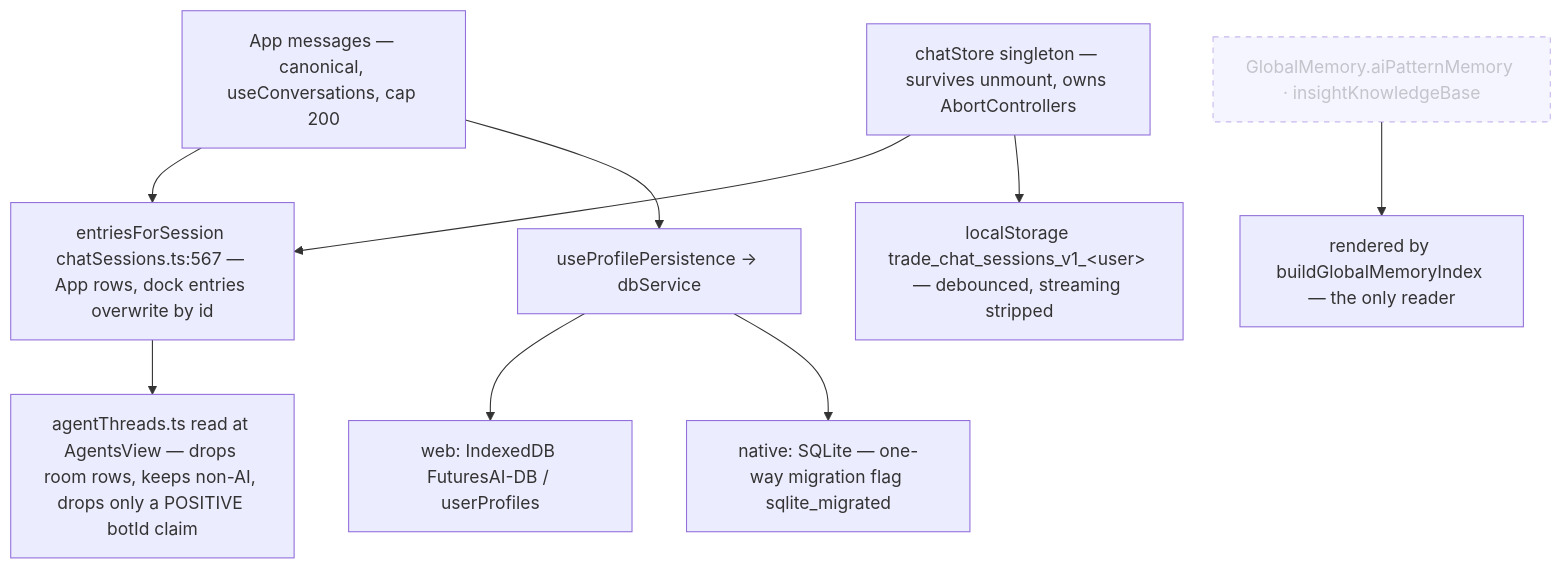
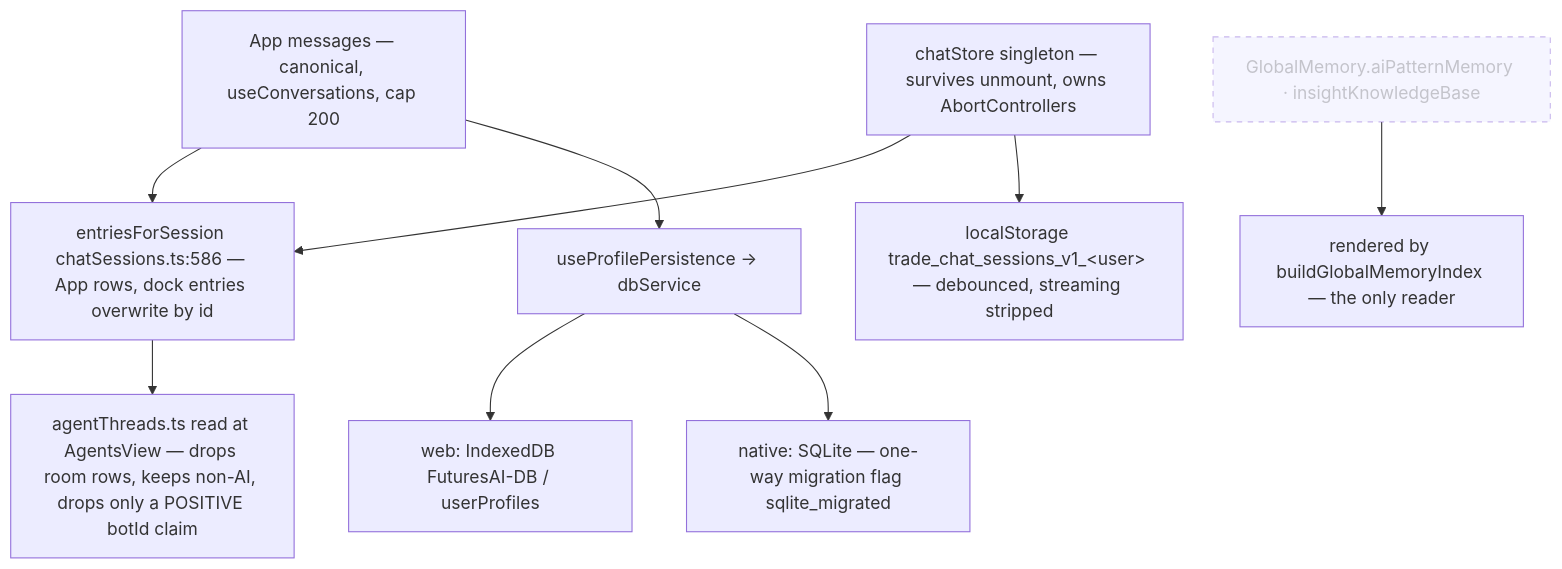
The seventh of 8 diagrams in docs/app-flow.md (Acepay25/august-3.5), drawn with Mermaid before and after one commit. The commit also changed other lines of this file and 16 other files, not shown here.

````diff
--- a/docs/app-flow.md
+++ b/docs/app-flow.md
@@ -499,12 +531,12 @@
 ```mermaid
 flowchart TD
-    MSG["App messages — canonical, useConversations, cap 200"] --> MER["entriesForSession chatSessions.ts:567 — App rows, dock entries overwrite by id"]
+    MSG["App messages — canonical, useConversations, cap 200"] --> MER["entriesForSession chatSessions.ts:586 — App rows, dock entries overwrite by id"]
     CS["chatStore singleton — survives unmount, owns AbortControllers"] --> MER
     MER --> PANE["agentThreads.ts read at AgentsView — drops room rows, keeps non-AI, drops only a POSITIVE botId claim"]
     CS --> LS["localStorage trade_chat_sessions_v1_&lt;user&gt; — debounced, streaming stripped"]
     MSG --> PP["useProfilePersistence → dbService"]
     PP --> IDB["web: IndexedDB FuturesAI-DB / userProfiles"]
     PP --> SQL["native: SQLite — one-way migration flag sqlite_migrated"]
     GM["GlobalMemory.aiPatternMemory · insightKnowledgeBase"]:::dead --> IDX["rendered by buildGlobalMemoryIndex — the only reader"]
     classDef dead stroke-dasharray: 5 5,opacity:.5
 ```
````
